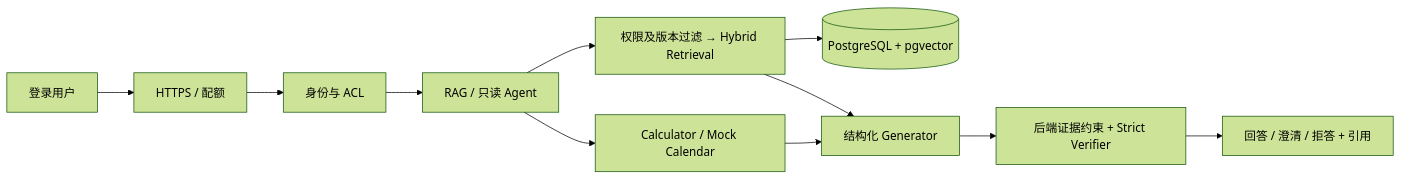
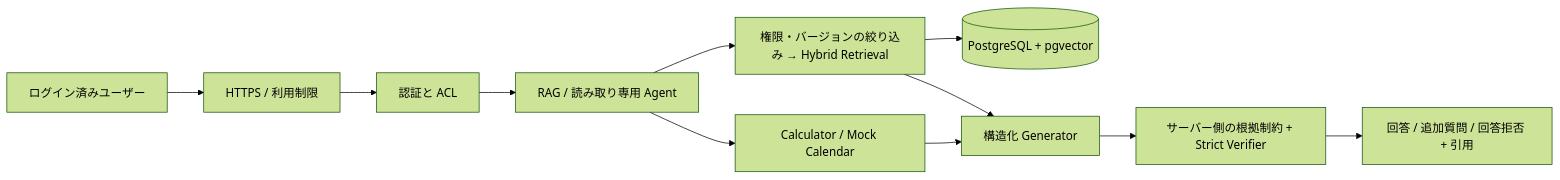
Before and after one commit to Twergu/My-portfolio: the diagram in README.md, drawn with Mermaid (forest theme). The commit also changed other lines of this file, not shown here.

````diff
--- a/README.md
+++ b/README.md
@@ -9,13 +9,13 @@
 ```mermaid
 flowchart LR
-  U[登录用户] --> H[HTTPS / 配额]
-  H --> A[身份与 ACL]
-  A --> R[RAG / 只读 Agent]
-  R --> K[权限及版本过滤 → Hybrid Retrieval]
+  U[ログイン済みユーザー] --> H[HTTPS / 利用制限]
+  H --> A[認証と ACL]
+  A --> R[RAG / 読み取り専用 Agent]
+  R --> K[権限・バージョンの絞り込み → Hybrid Retrieval]
   K --> P[(PostgreSQL + pgvector)]
   R --> T[Calculator / Mock Calendar]
-  K --> G[结构化 Generator]
+  K --> G[構造化 Generator]
   T --> G
-  G --> V[后端证据约束 + Strict Verifier]
-  V --> O[回答 / 澄清 / 拒答 + 引用]
+  G --> V[サーバー側の根拠制約 + Strict Verifier]
+  V --> O[回答 / 追加質問 / 回答拒否 + 引用]
 ```
````
